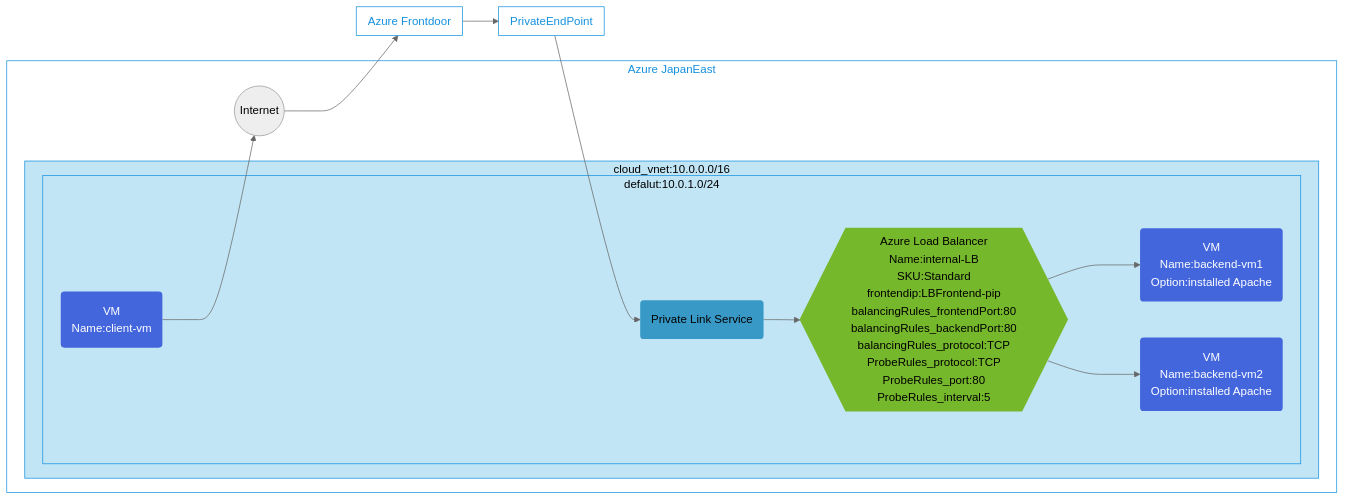
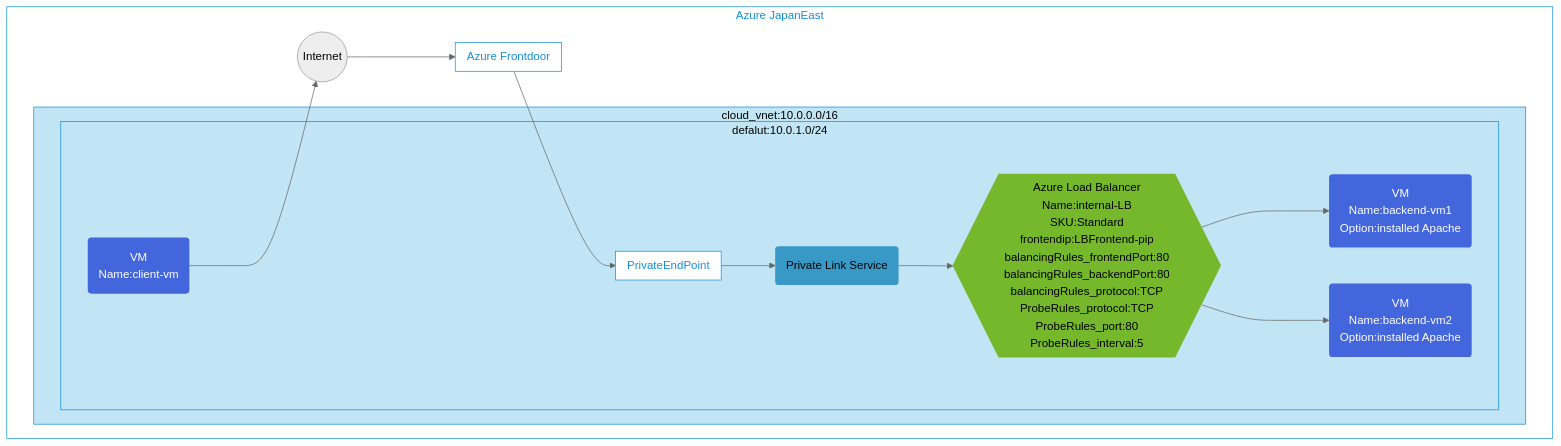
Before and after one commit to toizumi03/bicep-templates: the diagram in afd-pls-lb-wevserver-env/README.md, drawn with Mermaid (neutral theme).

````diff
--- a/afd-pls-lb-wevserver-env/README.md
+++ b/afd-pls-lb-wevserver-env/README.md
@@ -3,47 +3,47 @@
 ```mermaid
-graph LR;
+graph TB;
 %% Groups and Services
 subgraph GR1[Azure JapanEast]
     IT((Internet))
   subgraph GV1[cloud_vnet:10.0.0.0/16]
       subgraph GVS2[defalut:10.0.1.0/24]
         CP1("VM<br/>Name:client-vm")
         PLS("Private Link Service")
         ALB{{"Azure Load Balancer<br/>Name:internal-LB<br/>SKU:Standard<br/>frontendip:LBFrontend-pip<br/>balancingRules_frontendPort:80<br/>balancingRules_backendPort:80<br/>balancingRules_protocol:TCP<br/>ProbeRules_protocol:TCP<br/>ProbeRules_port:80<br/>ProbeRules_interval:5"}}
         CP2("VM<br/>Name:backend-vm1<br/>Option:installed Apache")
         CP3("VM<br/>Name:backend-vm2<br/>Option:installed Apache")
+        subgraph GR3 [PrivateEndPoint]
       end
 end
 end
 subgraph GR2 [Azure Frontdoor]
 end
-subgraph GR3 [PrivateEndPoint]
 end
 
 
 %% Relation for resources
 CP1 ---> IT ---> GR2 --> GR3 --> PLS --> ALB
 ALB ---> CP2
 ALB ---> CP3
 
 %% Groups style
 classDef GSR fill:#fff,color:#1490df,stroke:#1490df
 class GR1,GR2,GR3 GSR
 
 classDef SGV1 fill:#c1e5f5,color:#000,stroke:#1490df
 class GV1,GV2,GVS1,GVS2,GVS3,GVS4 SGV1
  
 %% Service Style
 classDef SCP fill:#4466dd,color:#fff,stroke:none
 class CP1,CP2,CP3 SCP
 
 classDef SVPPLS fill:#3999c6,color:#000,stroke:none
 class PLS SVPPLS
 
 classDef SVPALB fill:#76b82c,color:#000,stroke:none
 class ALB SVPALB
 
 classDef SLNGW fill:#70b126,color:#fff,stroke:none
 class LNGW1,LNGW2 SLNGW
 
 ```
````
